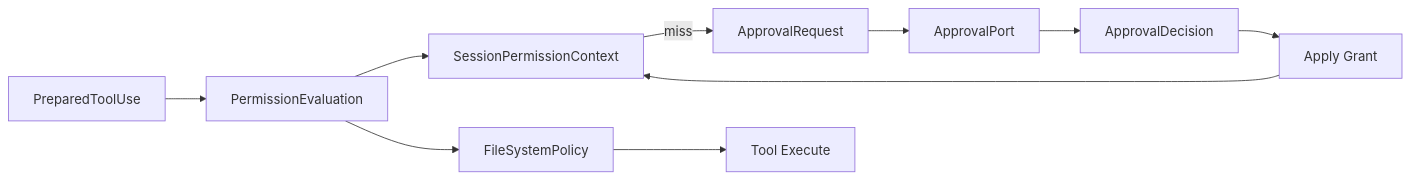
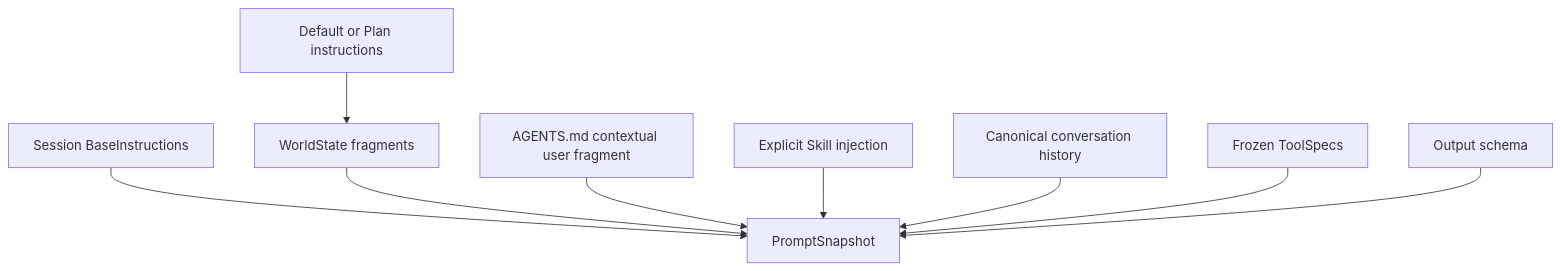
Diagram 14 of 43 in docs/architecture-whitepaper.md (Godric-W/Amadeus), drawn with Mermaid before and after one commit. The commit also changed other lines of this file and 1 other file, not shown here.

````diff
--- a/docs/architecture-whitepaper.md
+++ b/docs/architecture-whitepaper.md
@@ -858,22 +657,20 @@
 ```mermaid
-flowchart LR
-    Prepared[PreparedToolUse]
-    Eval[PermissionEvaluation]
-    Grants[SessionPermissionContext]
-    Ask[ApprovalRequest]
-    Port[ApprovalPort]
-    Decision[ApprovalDecision]
-    Apply[Apply Grant]
-    FS[FileSystemPolicy]
-    Exec[Tool Execute]
+flowchart TB
+    Base[Session BaseInstructions]
+    Mode[Default or Plan instructions]
+    World[WorldState fragments]
+    Agents[AGENTS.md contextual user fragment]
+    Skill[Explicit Skill injection]
+    History[Canonical conversation history]
+    Tools[Frozen ToolSpecs]
+    Schema[Output schema]
+    Prompt[PromptSnapshot]
 
-    Prepared --> Eval
-    Eval --> Grants
-    Grants -->|miss| Ask
-    Ask --> Port
-    Port --> Decision
-    Decision --> Apply
-    Apply --> Grants
-    Eval --> FS
-    FS --> Exec
+    Base --> Prompt
+    Mode --> World --> Prompt
+    Agents --> Prompt
+    Skill --> Prompt
+    History --> Prompt
+    Tools --> Prompt
+    Schema --> Prompt
 ```
````
